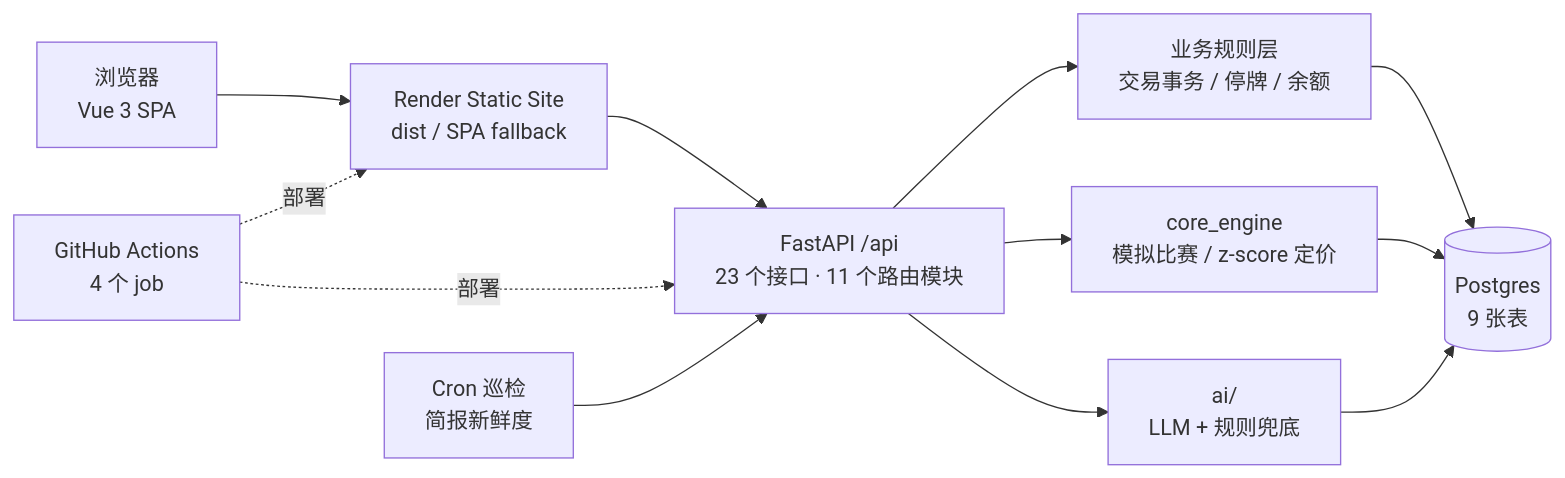
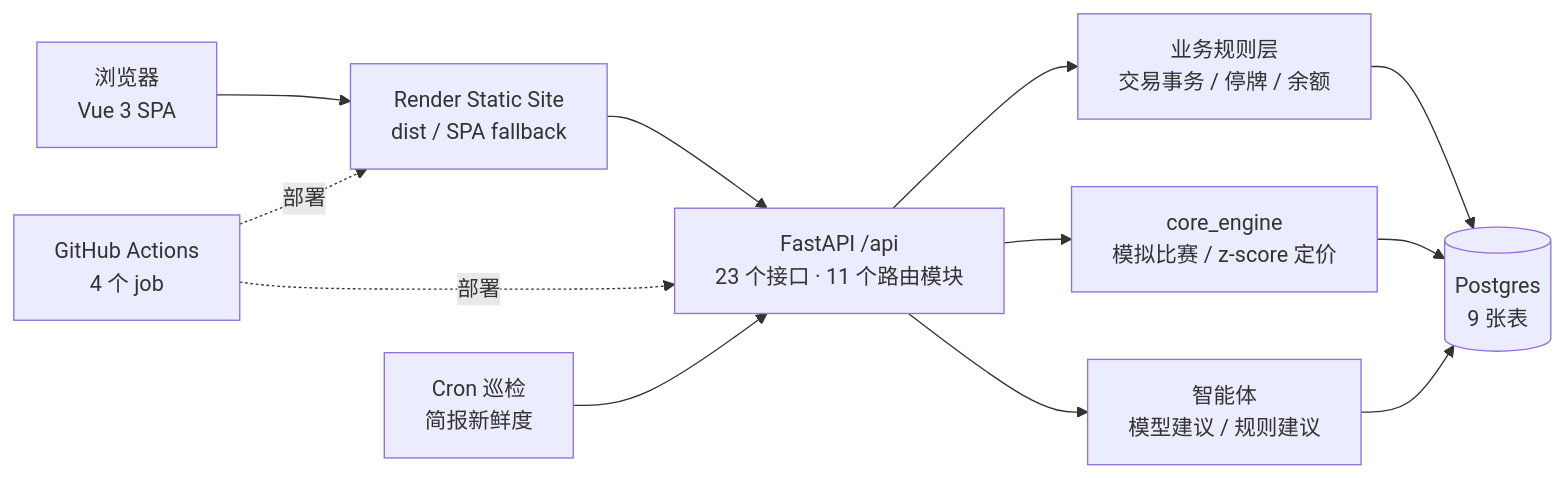
The first of 2 diagrams in docs/slides/slides.md (July75-bit/Innovation), drawn with Mermaid before and after one commit. The commit also changed other lines of this file and 2 other files, not shown here.

````diff
--- a/docs/slides/slides.md
+++ b/docs/slides/slides.md
@@ -325,14 +325,14 @@
 ```mermaid
 flowchart LR
   B["浏览器<br/>Vue 3 SPA"] --> S["Render Static Site<br/>dist / SPA fallback"]
   S --> A["FastAPI /api<br/>23 个接口 · 11 个路由模块"]
   A --> R["业务规则层<br/>交易事务 / 停牌 / 余额"]
   A --> C["core_engine<br/>模拟比赛 / z-score 定价"]
-  A --> I["ai/<br/>LLM + 规则兜底"]
+  A --> I["智能体<br/>模型建议 / 规则建议"]
   R --> D[("Postgres<br/>9 张表")]
   C --> D
   I --> D
   G["GitHub Actions<br/>4 个 job"] -.部署.-> S
   G -.部署.-> A
   H["Cron 巡检<br/>简报新鲜度"] --> A
 ```
````
